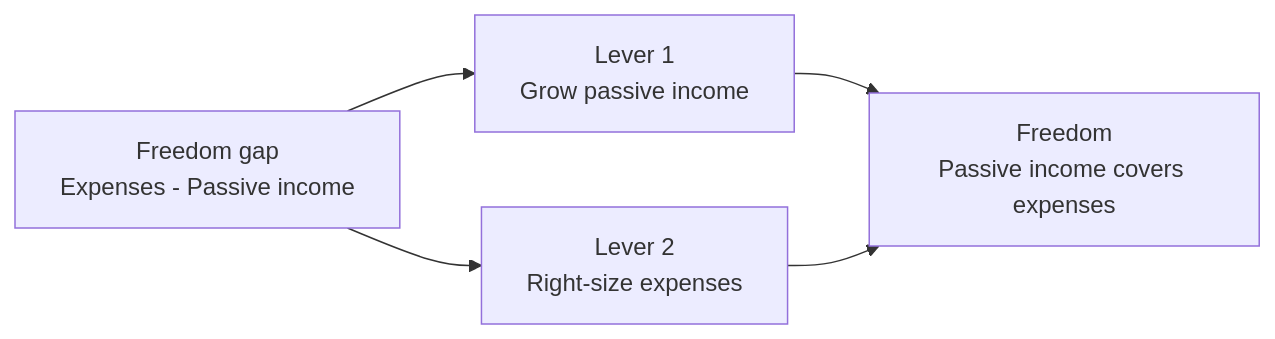
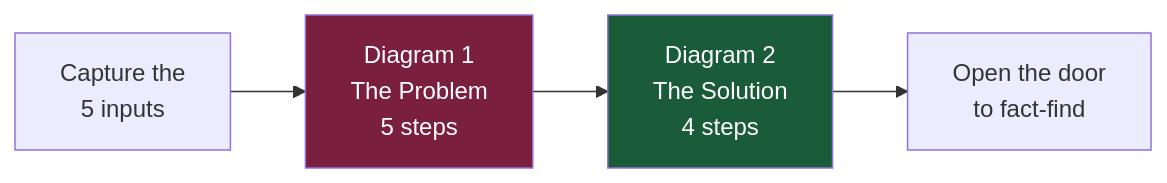
One commit to leotansingapore/aia-product-compass-hub changed the diagram in docs/first-60-days/week-9/day-52.md. Above: the diagram before and after it, drawn with Mermaid. The commit also changed other lines of this file and 1 other file, not shown here.

````diff
--- a/docs/first-60-days/week-9/day-52.md
+++ b/docs/first-60-days/week-9/day-52.md
@@ -103,7 +32,8 @@
 ```mermaid
 flowchart LR
-    A["Freedom gap<br/>Expenses - Passive income"] --> B["Lever 1<br/>Grow passive income"]
-    A --> C["Lever 2<br/>Right-size expenses"]
-    B --> D["Freedom<br/>Passive income covers expenses"]
-    C --> D
+    A["Capture the<br/>5 inputs"] --> B["Diagram 1<br/>The Problem<br/>5 steps"]
+    B --> C["Diagram 2<br/>The Solution<br/>4 steps"]
+    C --> D["Open the door<br/>to fact-find"]
+    style B fill:#7a1f3d,color:#fff
+    style C fill:#1a5c3a,color:#fff
 ```
````
